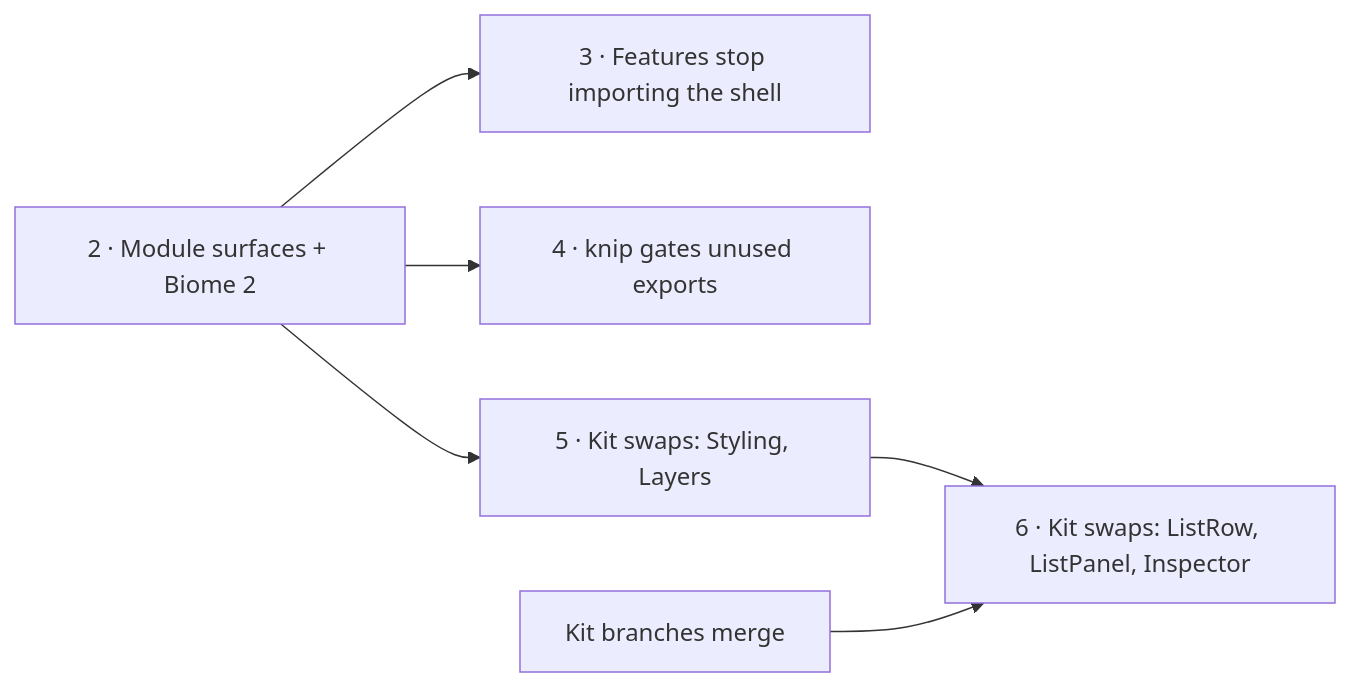
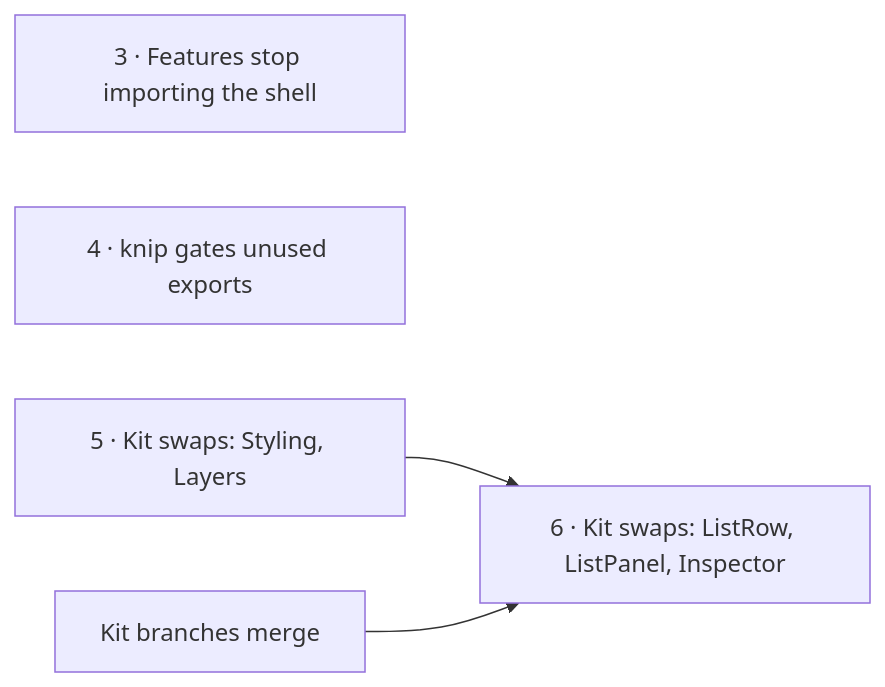
The diagram in docs/for-developers/building-studio/cleanup.md (invana/invana), drawn with Mermaid before and after one commit. The commit also changed other lines of this file and 273 other files, not shown here.

First line of the commit message:
chore(studio): Biome 2, and a deep import into another module is an error

````diff
--- a/docs/for-developers/building-studio/cleanup.md
+++ b/docs/for-developers/building-studio/cleanup.md
@@ -12,8 +12,7 @@
 ```mermaid
 flowchart LR
-    B["2 · Module surfaces + Biome 2"] --> C["3 · Features stop importing the shell"]
-    B --> D["4 · knip gates unused exports"]
-    B --> E["5 · Kit swaps: Styling, Layers"]
-    E --> F["6 · Kit swaps: ListRow, ListPanel, Inspector"]
+    C["3 · Features stop importing the shell"]
+    D["4 · knip gates unused exports"]
+    E["5 · Kit swaps: Styling, Layers"] --> F["6 · Kit swaps: ListRow, ListPanel, Inspector"]
     K["Kit branches merge"] --> F
 ```
````
